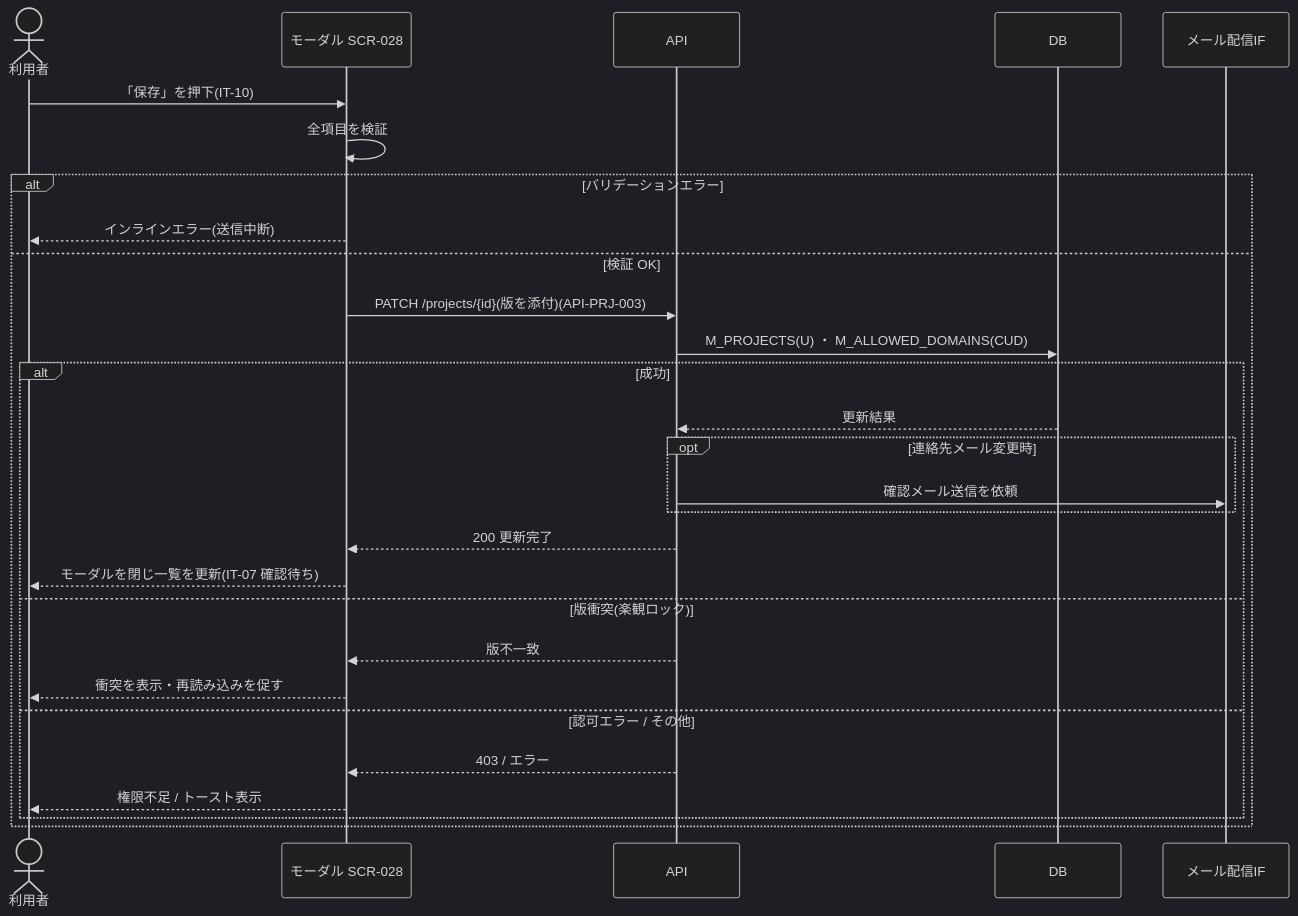
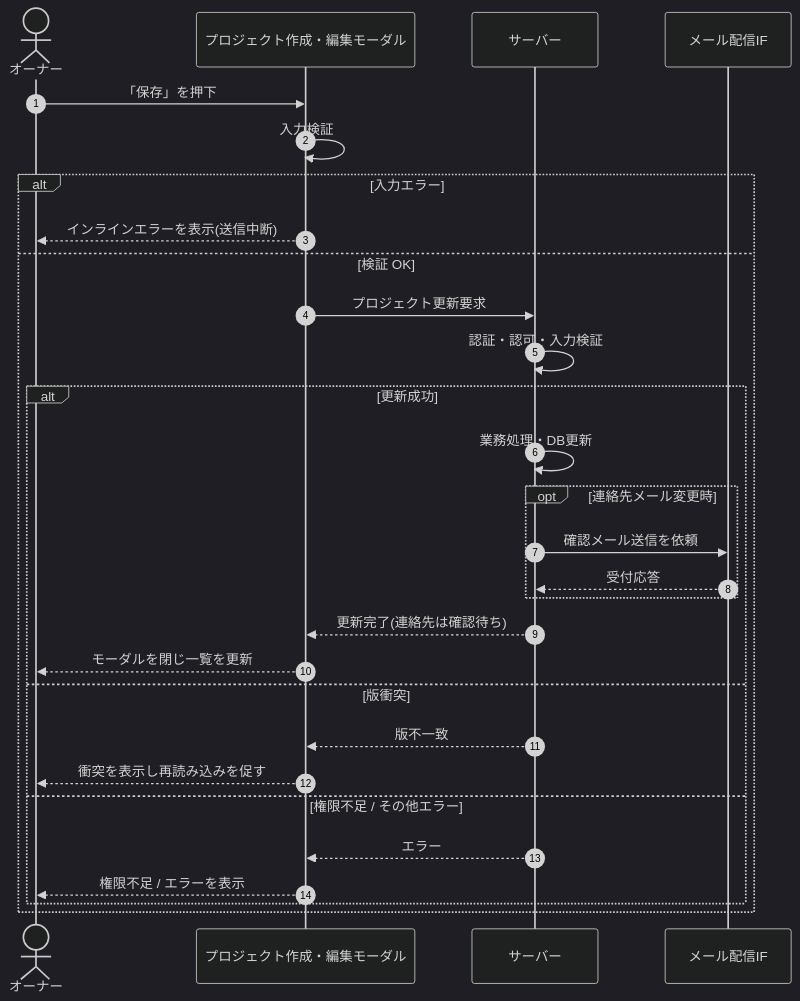
One commit to sikakou54/open-faq changed the diagram in 02_basic_design/05_sequences/SEQ-012.md. Above: the diagram before and after it, drawn with Mermaid (dark theme). The commit also changed other lines of this file and 108 other files, not shown here.

First line of the commit message:
基本設計: シーケンス図を基本設計粒度(ユーザー/画面/サーバー)へ再編成

````diff
--- a/02_basic_design/05_sequences/SEQ-012.md
+++ b/02_basic_design/05_sequences/SEQ-012.md
@@ -25,30 +32,31 @@
 ```mermaid
 sequenceDiagram
-  actor U as 利用者
-  participant S as モーダル SCR-028
-  participant API as API
-  participant DB as DB
-  participant M as メール配信IF
-  U->>S: 「保存」を押下(IT-10)
-  S->>S: 全項目を検証
-  alt バリデーションエラー
-    S-->>U: インラインエラー(送信中断)
+  autonumber
+  actor U as オーナー
+  participant Screen as プロジェクト作成・編集モーダル
+  participant Server as サーバー
+  participant MAIL as メール配信IF
+  U->>Screen: 「保存」を押下
+  Screen->>Screen: 入力検証
+  alt 入力エラー
+    Screen-->>U: インラインエラーを表示(送信中断)
   else 検証 OK
-    S->>API: PATCH /projects/{id}(版を添付)(API-PRJ-003)
-    API->>DB: M_PROJECTS(U) ・ M_ALLOWED_DOMAINS(CUD)
-    alt 成功
-      DB-->>API: 更新結果
+    Screen->>Server: プロジェクト更新要求
+    Server->>Server: 認証・認可・入力検証
+    alt 更新成功
+      Server->>Server: 業務処理・DB更新
       opt 連絡先メール変更時
-        API->>M: 確認メール送信を依頼
+        Server->>MAIL: 確認メール送信を依頼
+        MAIL-->>Server: 受付応答
       end
-      API-->>S: 200 更新完了
-      S-->>U: モーダルを閉じ一覧を更新(IT-07 確認待ち)
-    else 版衝突(楽観ロック)
-      API-->>S: 版不一致
-      S-->>U: 衝突を表示・再読み込みを促す
-    else 認可エラー / その他
-      API-->>S: 403 / エラー
-      S-->>U: 権限不足 / トースト表示
+      Server-->>Screen: 更新完了(連絡先は確認待ち)
+      Screen-->>U: モーダルを閉じ一覧を更新
+    else 版衝突
+      Server-->>Screen: 版不一致
+      Screen-->>U: 衝突を表示し再読み込みを促す
+    else 権限不足 / その他エラー
+      Server-->>Screen: エラー
+      Screen-->>U: 権限不足 / エラーを表示
     end
   end
 ```
````
